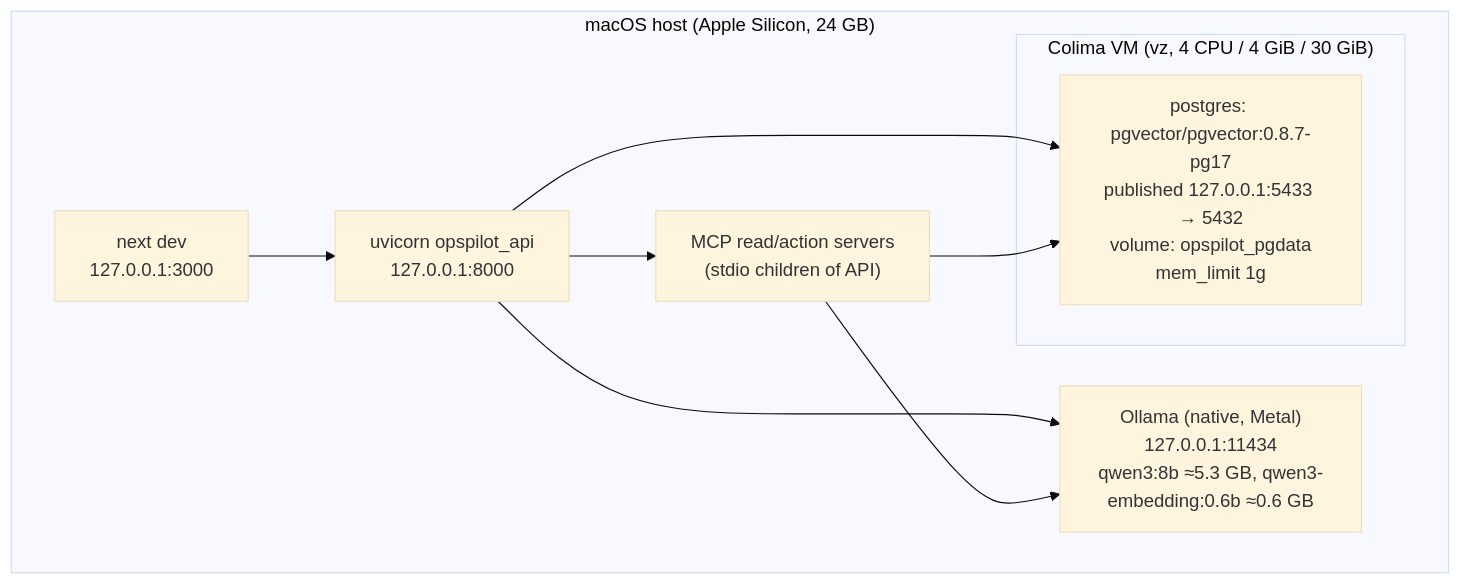
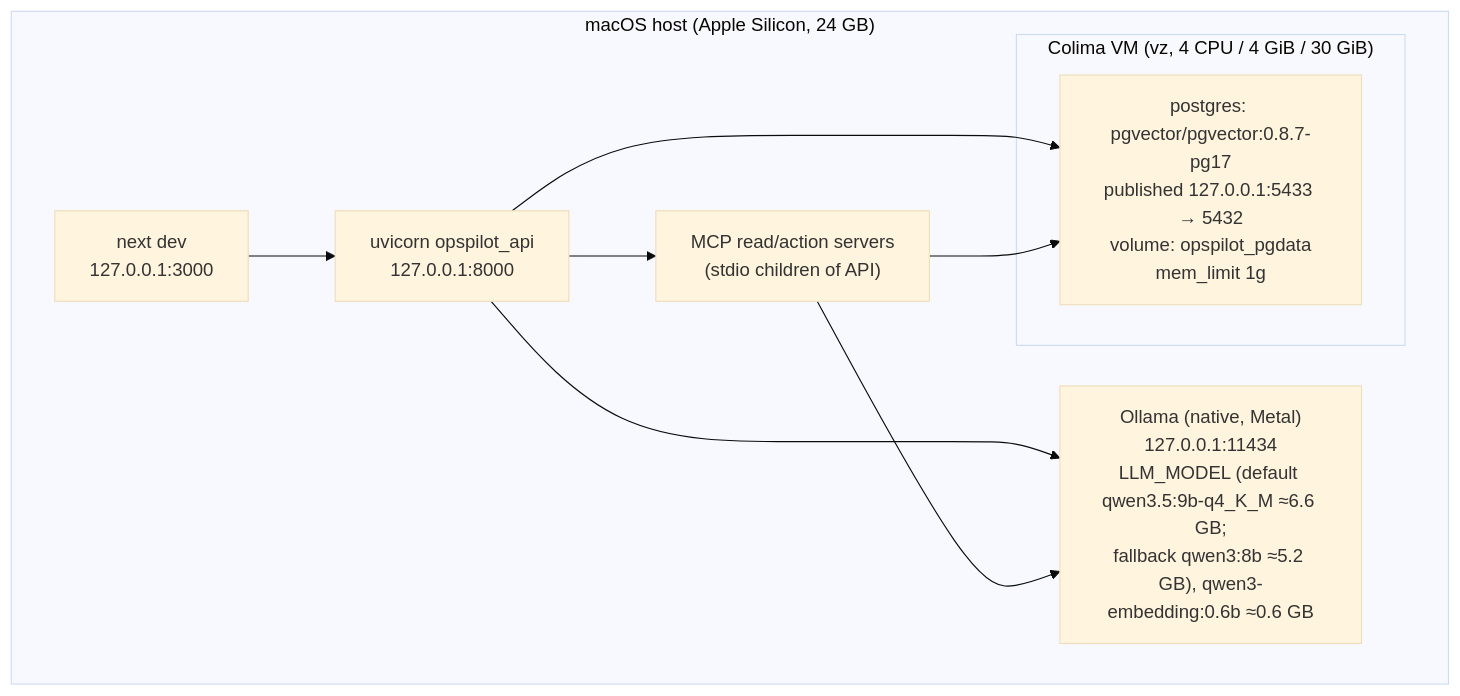
Before and after one commit to sharma-prawal/opspilot-ai: the diagram in docs/architecture/DEPLOYMENT.md, drawn with Mermaid (base theme). The commit also changed other lines of this file and 9 other files, not shown here.

````diff
--- a/docs/architecture/DEPLOYMENT.md
+++ b/docs/architecture/DEPLOYMENT.md
@@ -3,18 +3,18 @@
 ```mermaid
 flowchart TB
   subgraph mac["macOS host (Apple Silicon, 24 GB)"]
-    ollama["Ollama (native, Metal)<br/>127.0.0.1:11434<br/>qwen3:8b ≈5.3 GB, qwen3-embedding:0.6b ≈0.6 GB"]
+    ollama["Ollama (native, Metal)<br/>127.0.0.1:11434<br/>LLM_MODEL (default qwen3.5:9b-q4_K_M ≈6.6 GB;<br/>fallback qwen3:8b ≈5.2 GB), qwen3-embedding:0.6b ≈0.6 GB"]
     apiproc["uvicorn opspilot_api<br/>127.0.0.1:8000"]
     mcpchild["MCP read/action servers<br/>(stdio children of API)"]
     webproc["next dev<br/>127.0.0.1:3000"]
     subgraph colima["Colima VM (vz, 4 CPU / 4 GiB / 30 GiB)"]
       pg["postgres: pgvector/pgvector:0.8.7-pg17<br/>published 127.0.0.1:5433 → 5432<br/>volume: opspilot_pgdata<br/>mem_limit 1g"]
     end
     apiproc --> mcpchild
     apiproc --> ollama
     mcpchild --> ollama
     apiproc --> pg
     mcpchild --> pg
     webproc --> apiproc
   end
 ```
````
